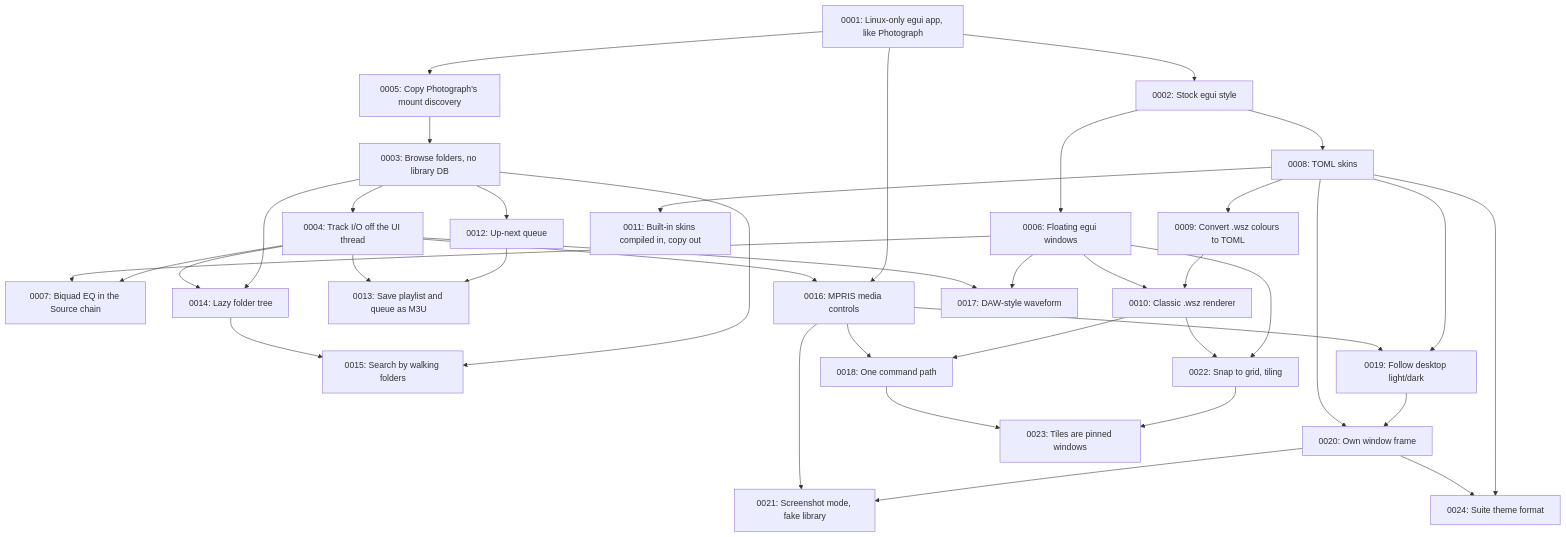
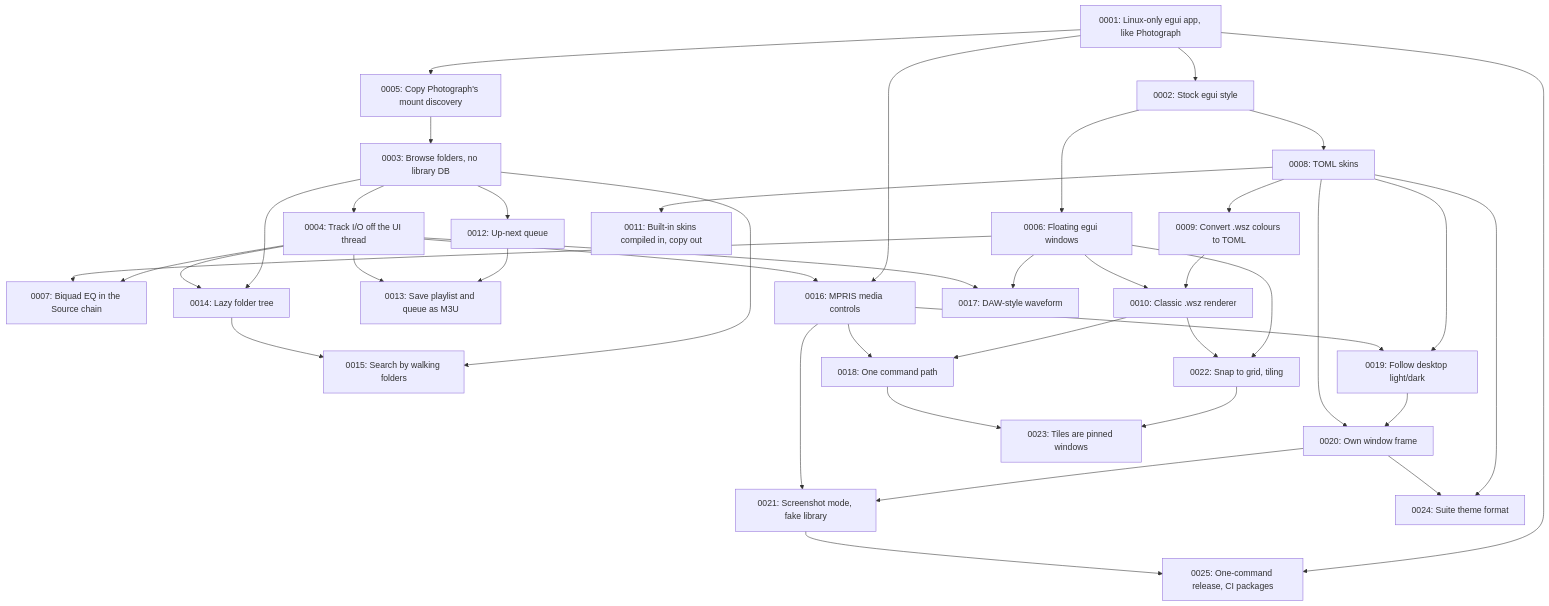
One commit to divanvisagie/UnAmp changed the diagram in docs/adr/README.md. Above: the diagram before and after it, drawn with Mermaid. The commit also changed other lines of this file and 10 other files, not shown here.

First line of the commit message:
Release with one make target; build the .deb and .dmg on GitHub

````diff
--- a/docs/adr/README.md
+++ b/docs/adr/README.md
@@ -70,40 +71,42 @@
 ```mermaid
 flowchart TD
     A[0001: Linux-only egui app, like Photograph] --> B[0002: Stock egui style]
     A --> E[0005: Copy Photograph's mount discovery]
     C[0003: Browse folders, no library DB] --> D[0004: Track I/O off the UI thread]
     E --> C
     B --> F[0006: Floating egui windows]
     D --> G[0007: Biquad EQ in the Source chain]
     F --> G
     B --> H[0008: TOML skins]
     H --> I[0009: Convert .wsz colours to TOML]
     I --> J[0010: Classic .wsz renderer]
     F --> J
     H --> K[0011: Built-in skins compiled in, copy out]
     C --> L[0012: Up-next queue]
     L --> M[0013: Save playlist and queue as M3U]
     D --> M
     C --> N[0014: Lazy folder tree]
     D --> N
     C --> O[0015: Search by walking folders]
     N --> O
     A --> P[0016: MPRIS media controls]
     D --> P
     F --> Q[0017: DAW-style waveform]
     D --> Q
     J --> R[0018: One command path]
     P --> R
     H --> S[0019: Follow desktop light/dark]
     P --> S
     S --> T[0020: Own window frame]
     H --> T
     T --> U[0021: Screenshot mode, fake library]
     P --> U
     F --> V[0022: Snap to grid, tiling]
     J --> V
     V --> W[0023: Tiles are pinned windows]
     R --> W
     H --> X[0024: Suite theme format]
     T --> X
+    A --> Y[0025: One-command release, CI packages]
+    U --> Y
 ```
````
